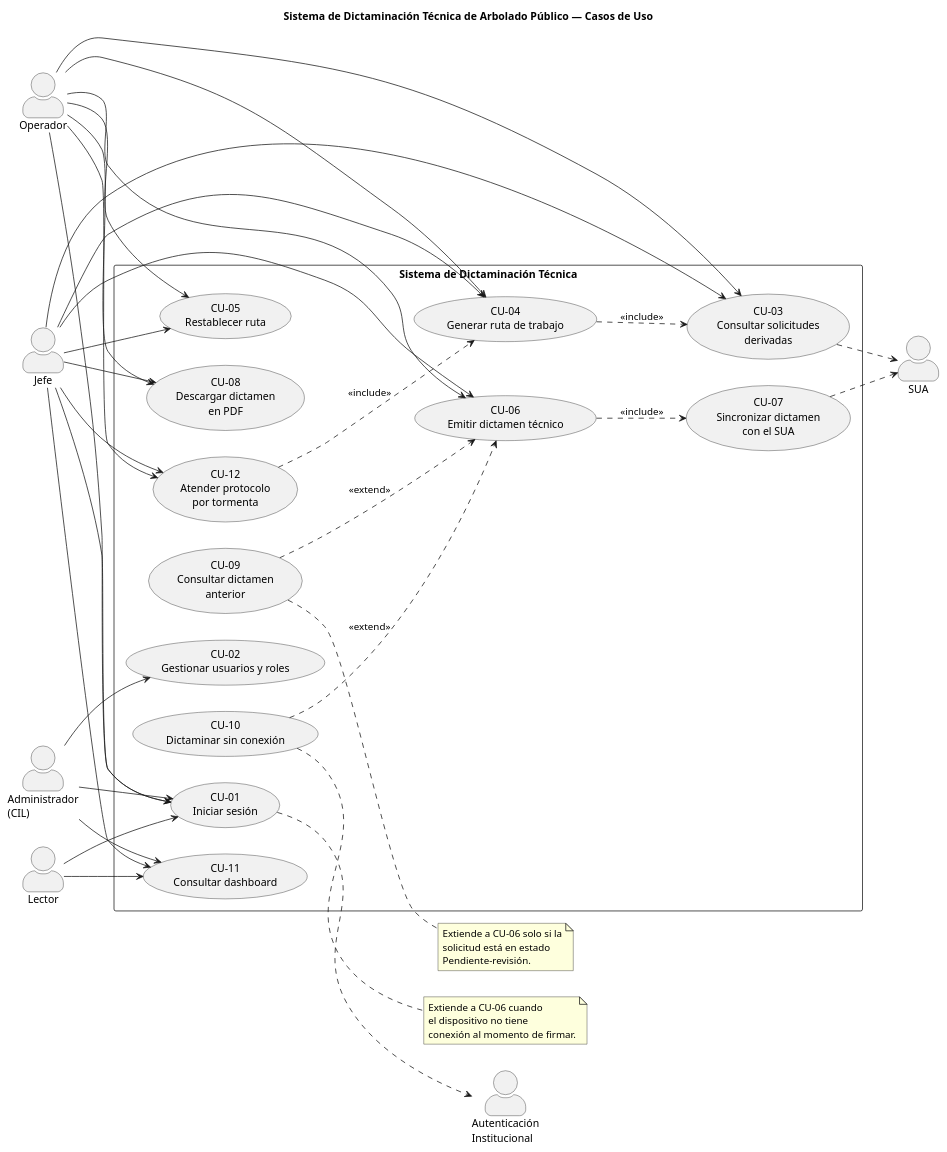
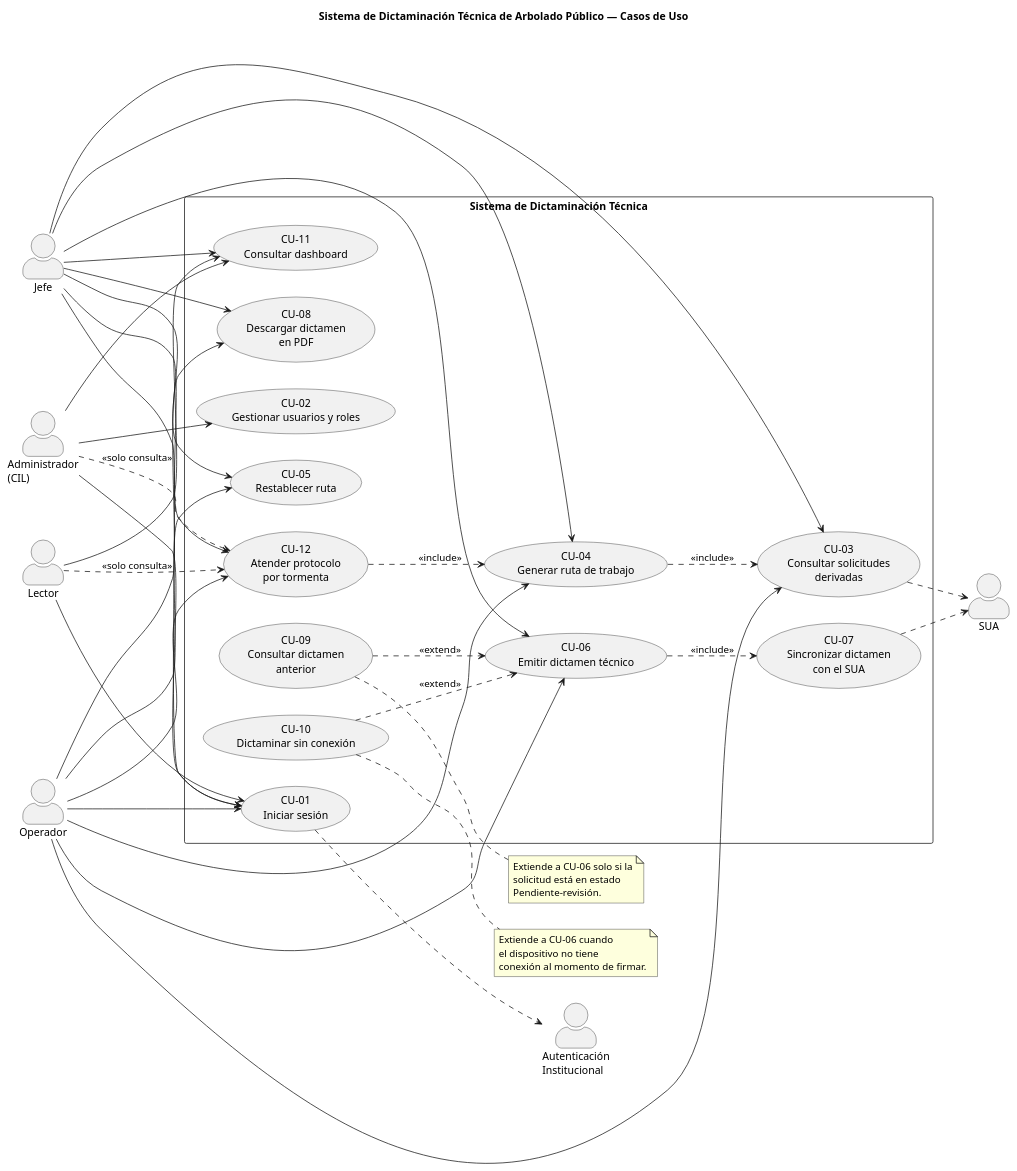
One commit to GabrielBoubonis/proyecto-desarrollo-web changed the diagram in diagramas/casos-de-uso.puml. Above: the diagram before and after it, drawn with PlantUML. The commit also changed 2 other files, not shown here.

```diff
--- a/diagramas/casos-de-uso.puml
+++ b/diagramas/casos-de-uso.puml
@@ -1,88 +1,90 @@
 @startuml casos-de-uso
 left to right direction
 skinparam packageStyle rectangle
 skinparam actorStyle awesome
 
 title Sistema de Dictaminación Técnica de Arbolado Público — Casos de Uso
 
 actor "Operador" as OP
 actor "Jefe" as JF
 actor "Administrador\n(CIL)" as AD
 actor "Lector" as LE
 
 actor "SUA" as SUA
 actor "Autenticación\nInstitucional" as AUTH
 
 rectangle "Sistema de Dictaminación Técnica" {
 
   usecase "CU-01\nIniciar sesión" as CU01
   usecase "CU-02\nGestionar usuarios y roles" as CU02
   usecase "CU-03\nConsultar solicitudes\nderivadas" as CU03
   usecase "CU-04\nGenerar ruta de trabajo" as CU04
   usecase "CU-05\nRestablecer ruta" as CU05
   usecase "CU-06\nEmitir dictamen técnico" as CU06
   usecase "CU-07\nSincronizar dictamen\ncon el SUA" as CU07
   usecase "CU-08\nDescargar dictamen\nen PDF" as CU08
   usecase "CU-09\nConsultar dictamen\nanterior" as CU09
   usecase "CU-10\nDictaminar sin conexión" as CU10
   usecase "CU-11\nConsultar dashboard" as CU11
   usecase "CU-12\nAtender protocolo\npor tormenta" as CU12
 
 }
 
 ' --- Actores principales ---
 OP --> CU01
 JF --> CU01
 AD --> CU01
 LE --> CU01
 
 OP --> CU03
 JF --> CU03
 
 OP --> CU04
 JF --> CU04
 
 OP --> CU05
 JF --> CU05
 
 OP --> CU06
 JF --> CU06
 
 OP --> CU08
 JF --> CU08
 
 OP --> CU12
 JF --> CU12
+AD ..> CU12 : <<solo consulta>>
+LE ..> CU12 : <<solo consulta>>
 
 AD --> CU02
 
 JF --> CU11
 AD --> CU11
 LE --> CU11
 
 ' --- Actores secundarios (sistemas externos) ---
 CU01 ..> AUTH
 CU03 ..> SUA
 CU07 ..> SUA
 
 ' --- Relaciones entre casos de uso ---
 CU06 ..> CU07 : <<include>>
 CU04 ..> CU03 : <<include>>
 CU12 ..> CU04 : <<include>>
 
 CU09 ..> CU06 : <<extend>>
 CU10 ..> CU06 : <<extend>>
 
 note right of CU10
   Extiende a CU-06 cuando
   el dispositivo no tiene
   conexión al momento de firmar.
 end note
 
 note right of CU09
   Extiende a CU-06 solo si la
   solicitud está en estado
   Pendiente-revisión.
 end note
 
 @enduml
```
